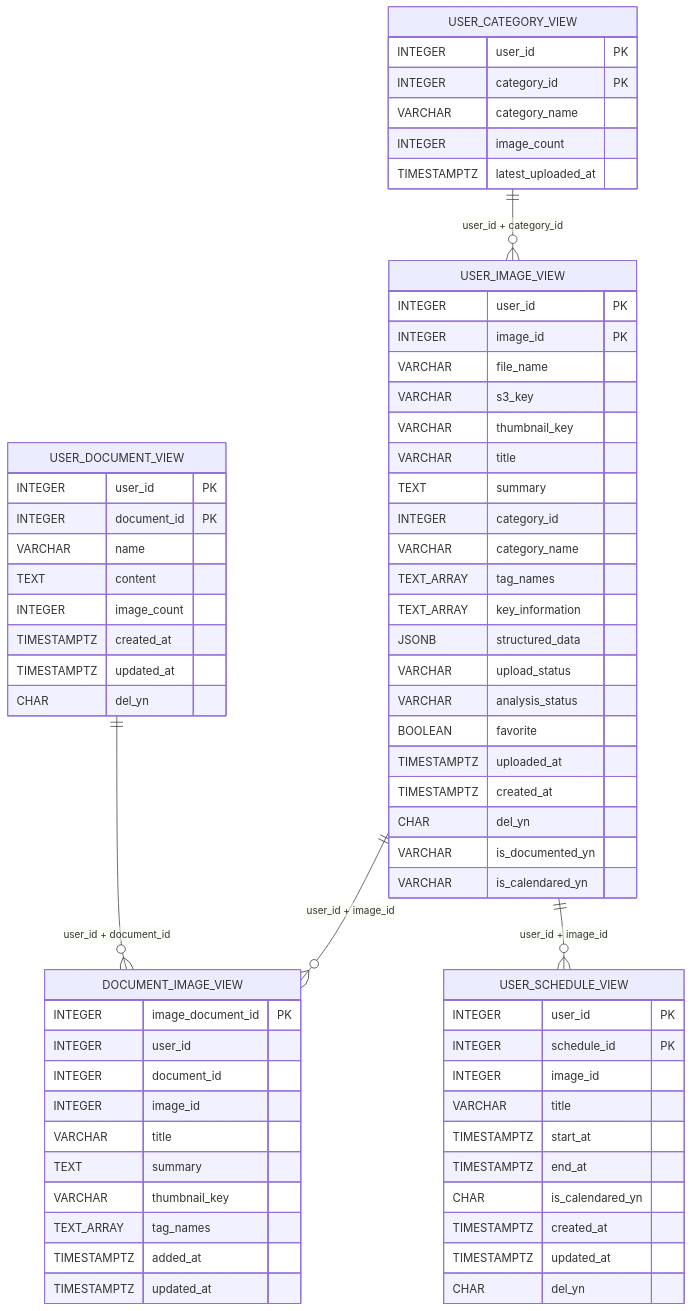
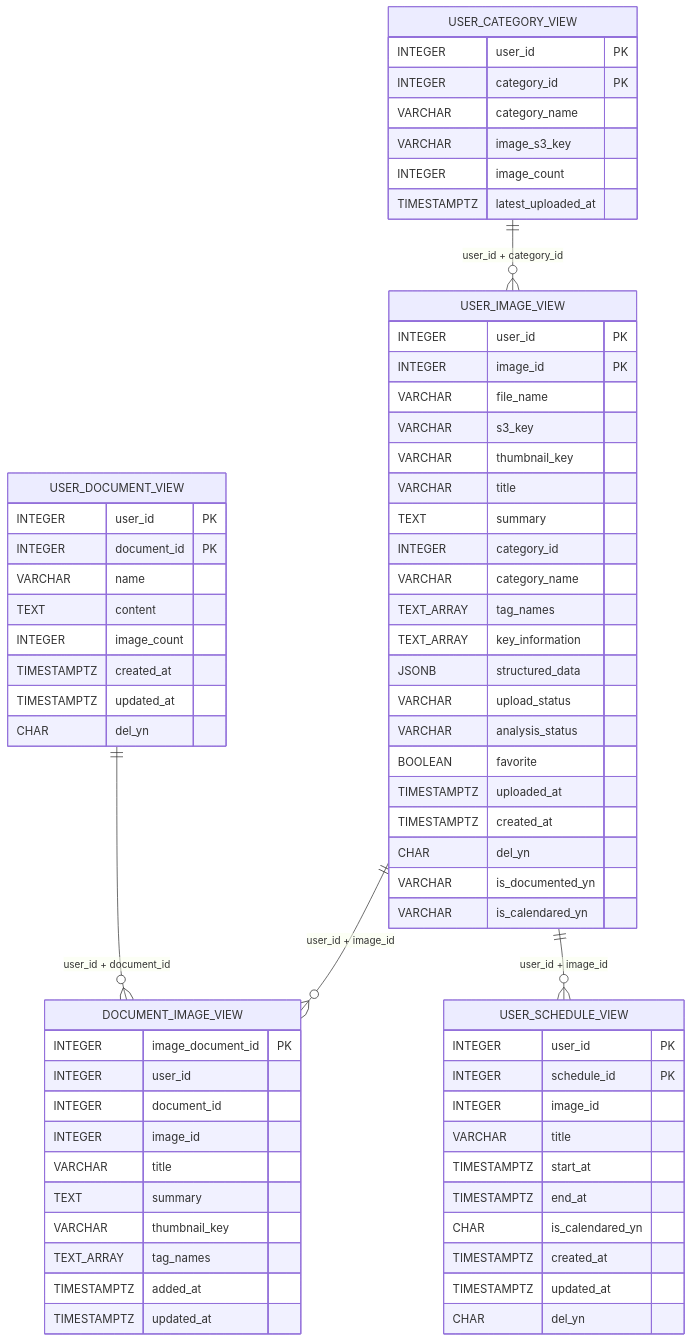
Before and after one commit to hantawon123/MODERA: the third of 4 diagrams in backend/docs/database-erd.md, drawn with Mermaid. The commit also changed other lines of this file and 4 other files, not shown here.

````diff
--- a/backend/docs/database-erd.md
+++ b/backend/docs/database-erd.md
@@ -271,75 +272,76 @@
 ```mermaid
 erDiagram
     USER_CATEGORY_VIEW ||--o{ USER_IMAGE_VIEW : "user_id + category_id"
     USER_IMAGE_VIEW ||--o{ DOCUMENT_IMAGE_VIEW : "user_id + image_id"
     USER_DOCUMENT_VIEW ||--o{ DOCUMENT_IMAGE_VIEW : "user_id + document_id"
     USER_IMAGE_VIEW ||--o{ USER_SCHEDULE_VIEW : "user_id + image_id"
 
     USER_IMAGE_VIEW {
         INTEGER user_id PK
         INTEGER image_id PK
         VARCHAR file_name
         VARCHAR s3_key
         VARCHAR thumbnail_key
         VARCHAR title
         TEXT summary
         INTEGER category_id
         VARCHAR category_name
         TEXT_ARRAY tag_names
         TEXT_ARRAY key_information
         JSONB structured_data
         VARCHAR upload_status
         VARCHAR analysis_status
         BOOLEAN favorite
         TIMESTAMPTZ uploaded_at
         TIMESTAMPTZ created_at
         CHAR del_yn
         VARCHAR is_documented_yn
         VARCHAR is_calendared_yn
     }
 
     USER_CATEGORY_VIEW {
         INTEGER user_id PK
         INTEGER category_id PK
         VARCHAR category_name
+        VARCHAR image_s3_key
         INTEGER image_count
         TIMESTAMPTZ latest_uploaded_at
     }
 
     USER_DOCUMENT_VIEW {
         INTEGER user_id PK
         INTEGER document_id PK
         VARCHAR name
         TEXT content
         INTEGER image_count
         TIMESTAMPTZ created_at
         TIMESTAMPTZ updated_at
         CHAR del_yn
     }
 
     DOCUMENT_IMAGE_VIEW {
         INTEGER image_document_id PK
         INTEGER user_id
         INTEGER document_id
         INTEGER image_id
         VARCHAR title
         TEXT summary
         VARCHAR thumbnail_key
         TEXT_ARRAY tag_names
         TIMESTAMPTZ added_at
         TIMESTAMPTZ updated_at
     }
 
     USER_SCHEDULE_VIEW {
         INTEGER user_id PK
         INTEGER schedule_id PK
         INTEGER image_id
         VARCHAR title
         TIMESTAMPTZ start_at
         TIMESTAMPTZ end_at
         CHAR is_calendared_yn
         TIMESTAMPTZ created_at
         TIMESTAMPTZ updated_at
         CHAR del_yn
     }
 ```
````
